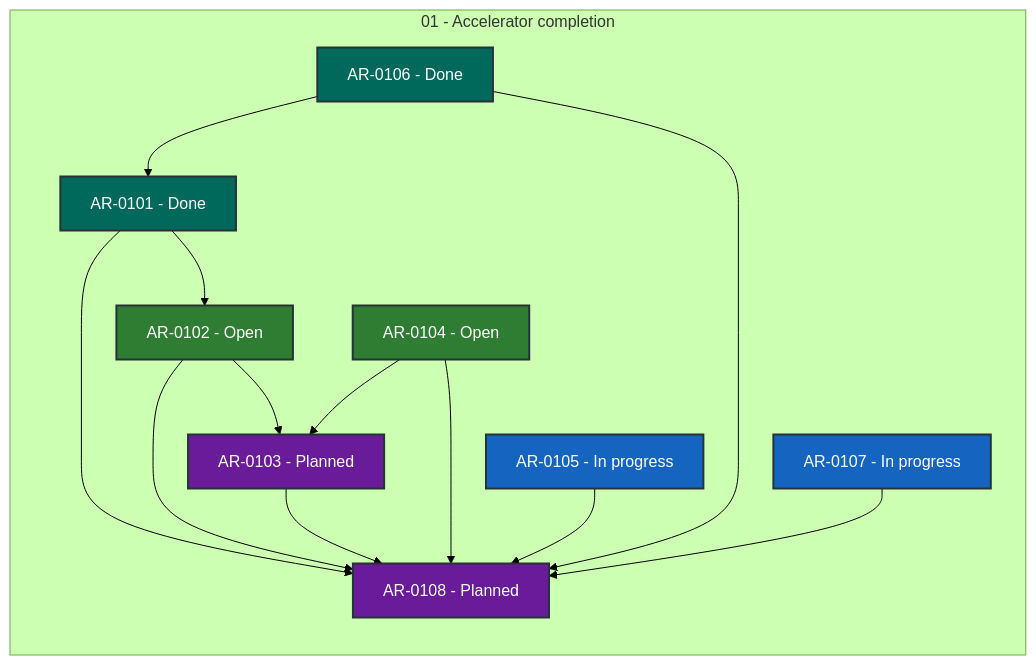
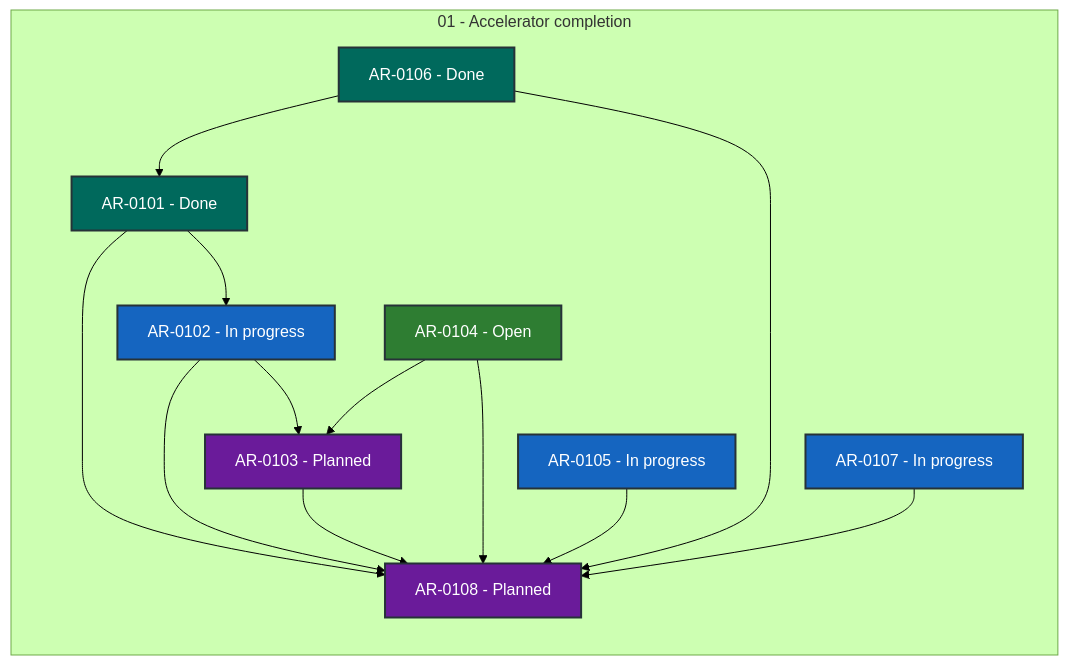
The diagram in coordination/STATUS.md (locutus3009/exgame), drawn with Mermaid (forest theme) before and after one commit. The commit also changed other lines of this file and 2 other files, not shown here.

````diff
--- a/coordination/STATUS.md
+++ b/coordination/STATUS.md
@@ -28,34 +28,34 @@
 ```mermaid
 flowchart LR
     subgraph series_01["01 - Accelerator completion"]
         direction TB
         AR_0101["AR-0101 - Done"]:::status_done
-        AR_0102["AR-0102 - Open"]:::status_open
+        AR_0102["AR-0102 - In progress"]:::status_in_progress
         AR_0103["AR-0103 - Planned"]:::status_planned
         AR_0104["AR-0104 - Open"]:::status_open
         AR_0105["AR-0105 - In progress"]:::status_in_progress
         AR_0106["AR-0106 - Done"]:::status_done
         AR_0107["AR-0107 - In progress"]:::status_in_progress
         AR_0108["AR-0108 - Planned"]:::status_planned
     end
     AR_0101 --> AR_0102
     AR_0101 --> AR_0108
     AR_0102 --> AR_0103
     AR_0102 --> AR_0108
     AR_0103 --> AR_0108
     AR_0104 --> AR_0103
     AR_0104 --> AR_0108
     AR_0105 --> AR_0108
     AR_0106 --> AR_0101
     AR_0106 --> AR_0108
     AR_0107 --> AR_0108
     classDef status_in_progress fill:#1565c0,color:#ffffff,stroke:#263238,stroke-width:2px
     classDef status_in_review fill:#ad1457,color:#ffffff,stroke:#263238,stroke-width:2px
     classDef status_open fill:#2e7d32,color:#ffffff,stroke:#263238,stroke-width:2px
     classDef status_blocked fill:#c62828,color:#ffffff,stroke:#263238,stroke-width:2px
     classDef status_planned fill:#6a1b9a,color:#ffffff,stroke:#263238,stroke-width:2px
     classDef status_future fill:#455a64,color:#ffffff,stroke:#263238,stroke-width:2px
     classDef status_done fill:#00695c,color:#ffffff,stroke:#263238,stroke-width:2px
     classDef status_cancelled fill:#616161,color:#ffffff,stroke:#263238,stroke-width:2px
     classDef status_superseded fill:#5d4037,color:#ffffff,stroke:#263238,stroke-width:2px
 ```
````
